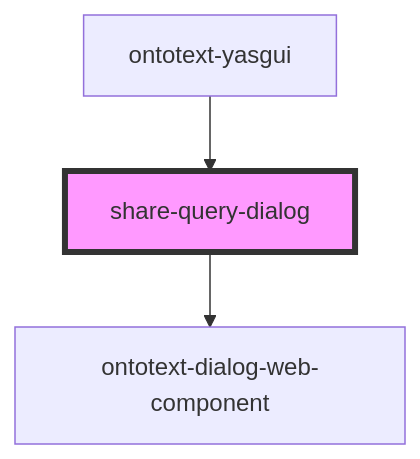
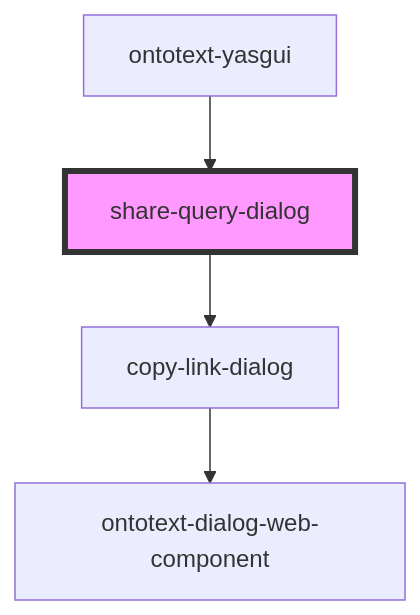
One commit to Ontotext-AD/ontotext-yasgui changed the diagram in ontotext-yasgui-web-component/src/components/share-query-dialog/readme.md. Above: the diagram before and after it, drawn with Mermaid. The commit also changed other lines of this file and 34 other files, not shown here.

````diff
--- a/ontotext-yasgui-web-component/src/components/share-query-dialog/readme.md
+++ b/ontotext-yasgui-web-component/src/components/share-query-dialog/readme.md
@@ -35,6 +35,7 @@
 ```mermaid
 graph TD;
-  share-query-dialog --> ontotext-dialog-web-component
+  share-query-dialog --> copy-link-dialog
+  copy-link-dialog --> ontotext-dialog-web-component
   ontotext-yasgui --> share-query-dialog
   style share-query-dialog fill:#f9f,stroke:#333,stroke-width:4px
 ```
````
